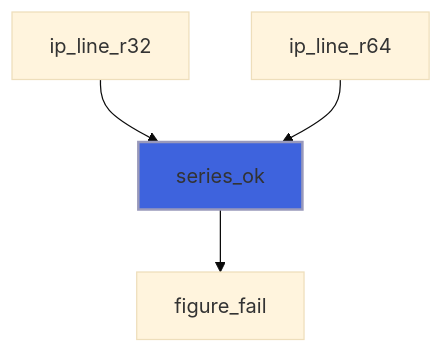
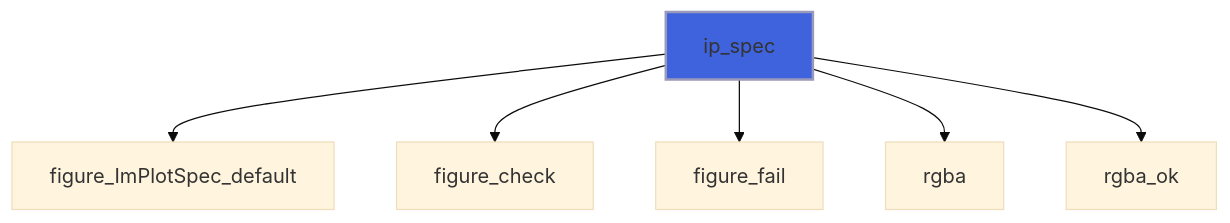
Diagram 15 of 21 in docs/api/src/lib/figure_implot.md (szaghi/figure), drawn with Mermaid (base theme) before and after one commit. The commit also changed other lines of this file and 17 other files, not shown here.

````diff
--- a/docs/api/src/lib/figure_implot.md
+++ b/docs/api/src/lib/figure_implot.md
@@ -197,7 +522,9 @@
 ```mermaid
 flowchart TD
-  ip_line_r32["ip_line_r32"] --> series_ok["series_ok"]
-  ip_line_r64["ip_line_r64"] --> series_ok["series_ok"]
-  series_ok["series_ok"] --> figure_fail["figure_fail"]
-  style series_ok fill:#3e63dd,stroke:#99b,stroke-width:2px
+  ip_spec["ip_spec"] --> figure_ImPlotSpec_default["figure_ImPlotSpec_default"]
+  ip_spec["ip_spec"] --> figure_check["figure_check"]
+  ip_spec["ip_spec"] --> figure_fail["figure_fail"]
+  ip_spec["ip_spec"] --> rgba["rgba"]
+  ip_spec["ip_spec"] --> rgba_ok["rgba_ok"]
+  style ip_spec fill:#3e63dd,stroke:#99b,stroke-width:2px
 ```
````
